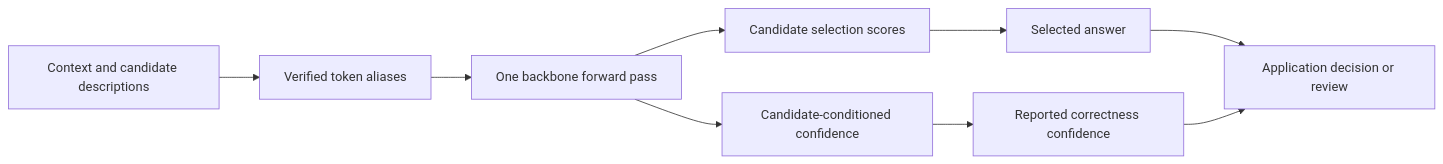
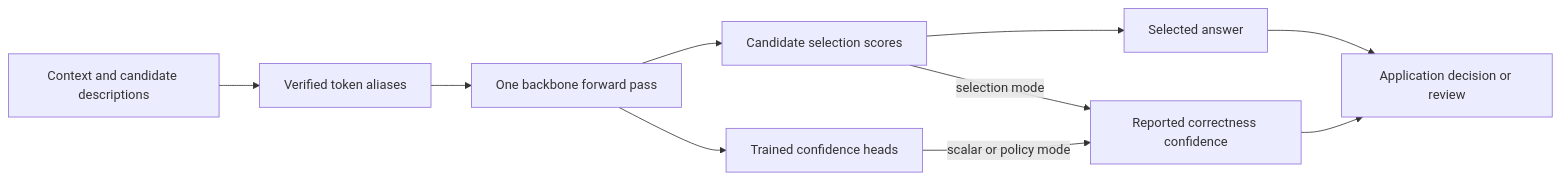
One commit to bahree/myJEV changed the diagram in README.md. Above: the diagram before and after it, drawn with Mermaid. The commit also changed 113 other files, not shown here.

````diff
--- a/README.md
+++ b/README.md
@@ -54,11 +54,12 @@
 ```mermaid
 flowchart LR
     A[Context and candidate descriptions] --> B[Verified token aliases]
     B --> C[One backbone forward pass]
     C --> D[Candidate selection scores]
-    C --> E[Candidate-conditioned confidence]
+    C --> E[Trained confidence heads]
     D --> F[Selected answer]
-    E --> G[Reported correctness confidence]
+    E -->|scalar or policy mode| G[Reported correctness confidence]
+    D -->|selection mode| G
     F --> H[Application decision or review]
     G --> H
 ```
````
